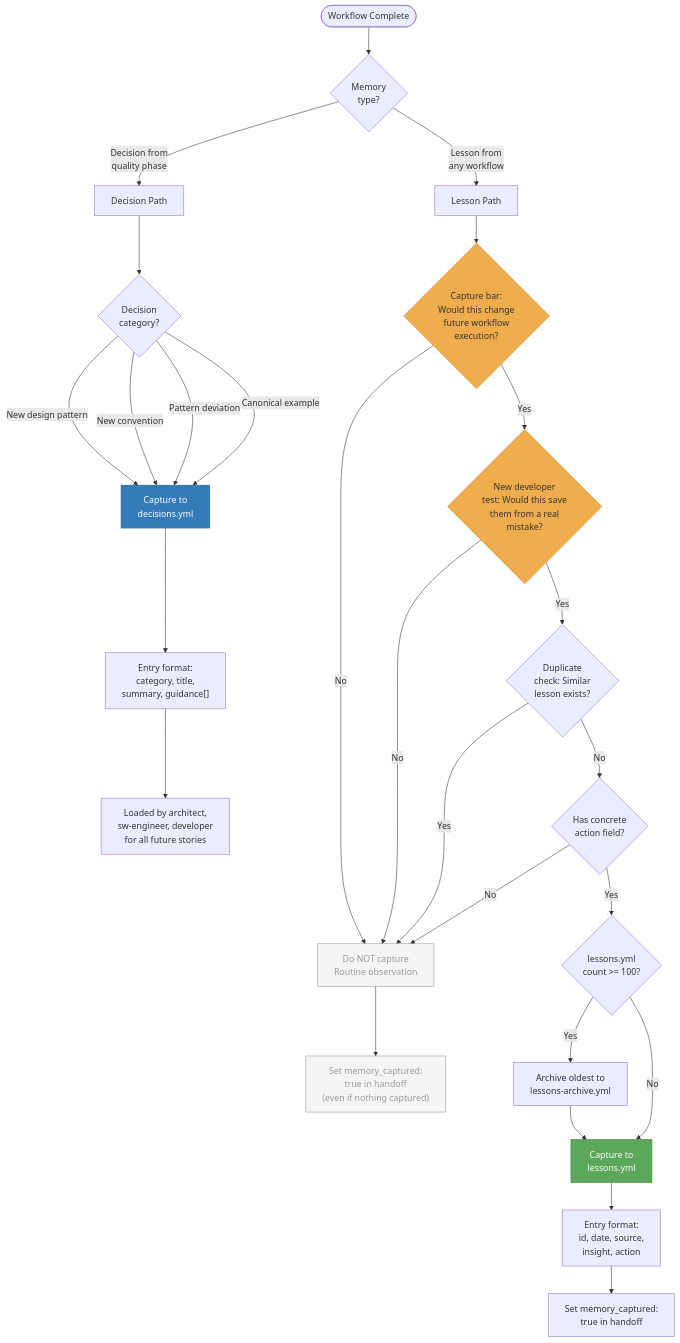
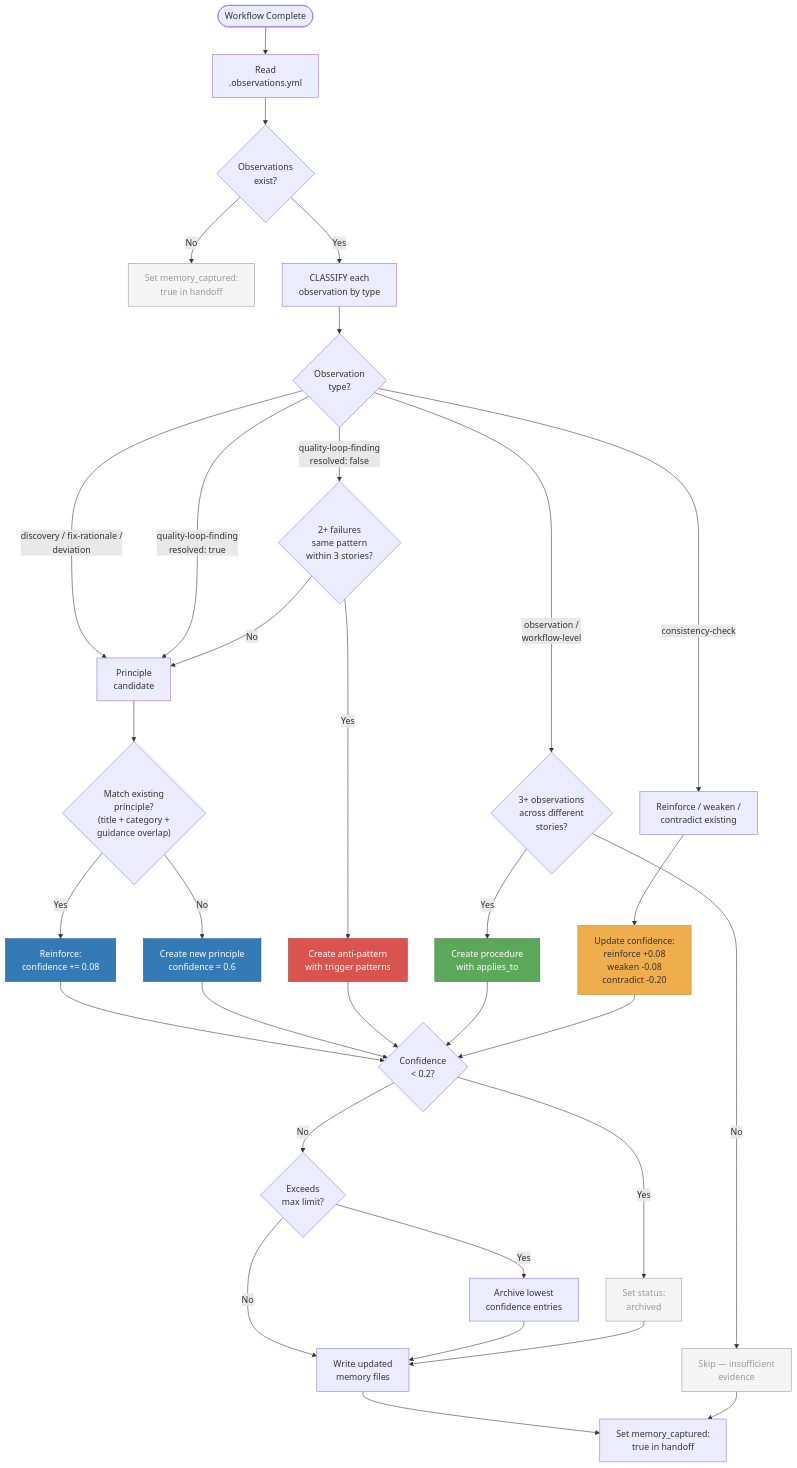
Before and after one commit to im-shashanks/claude-skills: the diagram in shaktra/diagrams/32-memory-capture-decision-tree.md, drawn with Mermaid. The commit also changed other lines of this file and 83 other files, not shown here.

````diff
--- a/shaktra/diagrams/32-memory-capture-decision-tree.md
+++ b/shaktra/diagrams/32-memory-capture-decision-tree.md
@@ -5,42 +5,56 @@
 ```mermaid
 flowchart TD
-    START([Workflow Complete]) --> TYPE{Memory<br/>type?}
+    START([Workflow Complete]) --> READ["Read<br/>.observations.yml"]
 
-    TYPE -->|Decision from<br/>quality phase| DEC_PATH["Decision Path"]
-    TYPE -->|Lesson from<br/>any workflow| LES_PATH["Lesson Path"]
+    READ --> EMPTY{Observations<br/>exist?}
+    EMPTY -->|No| DONE_SKIP["Set memory_captured:<br/>true in handoff"]
 
-    DEC_PATH --> DEC_CAT{Decision<br/>category?}
-    DEC_CAT -->|New design pattern| CAP_D["Capture to<br/>decisions.yml"]
-    DEC_CAT -->|New convention| CAP_D
-    DEC_CAT -->|Pattern deviation| CAP_D
-    DEC_CAT -->|Canonical example| CAP_D
+    EMPTY -->|Yes| CLASSIFY["CLASSIFY each<br/>observation by type"]
 
-    LES_PATH --> BAR{"Capture bar:<br/>Would this change<br/>future workflow<br/>execution?"}
-    BAR -->|No| SKIP["Do NOT capture<br/>Routine observation"]
+    CLASSIFY --> TYPE{Observation<br/>type?}
 
-    BAR -->|Yes| NEWDEV{"New developer<br/>test: Would this save<br/>them from a real<br/>mistake?"}
-    NEWDEV -->|No| SKIP
-    NEWDEV -->|Yes| DUP{"Duplicate<br/>check: Similar<br/>lesson exists?"}
-    DUP -->|Yes| SKIP
-    DUP -->|No| ACTION{"Has concrete<br/>action field?"}
-    ACTION -->|No| SKIP
-    ACTION -->|Yes| COUNT{"lessons.yml<br/>count >= 100?"}
-    COUNT -->|Yes| ARCHIVE["Archive oldest to<br/>lessons-archive.yml"]
-    COUNT -->|No| CAP_L["Capture to<br/>lessons.yml"]
-    ARCHIVE --> CAP_L
+    TYPE -->|discovery / fix-rationale /<br/>deviation| PR_CAND["Principle<br/>candidate"]
+    TYPE -->|quality-loop-finding<br/>resolved: false| AP_CHECK{"2+ failures<br/>same pattern<br/>within 3 stories?"}
+    TYPE -->|quality-loop-finding<br/>resolved: true| PR_CAND
+    TYPE -->|observation /<br/>workflow-level| PC_CHECK{"3+ observations<br/>across different<br/>stories?"}
+    TYPE -->|consistency-check| MATCH_EXIST["Reinforce / weaken /<br/>contradict existing"]
 
-    CAP_L --> FORMAT["Entry format:<br/>id, date, source,<br/>insight, action"]
-    CAP_D --> DFMT["Entry format:<br/>category, title,<br/>summary, guidance[]"]
+    PR_CAND --> MATCH{"Match existing<br/>principle?<br/>(title + category +<br/>guidance overlap)"}
+    MATCH -->|Yes| REINFORCE["Reinforce:<br/>confidence += 0.08"]
+    MATCH -->|No| CREATE_PR["Create new principle<br/>confidence = 0.6"]
 
-    FORMAT --> DONE["Set memory_captured:<br/>true in handoff"]
-    DFMT --> LOADED["Loaded by architect,<br/>sw-engineer, developer<br/>for all future stories"]
+    AP_CHECK -->|Yes| CREATE_AP["Create anti-pattern<br/>with trigger patterns"]
+    AP_CHECK -->|No| PR_CAND
 
-    SKIP --> DONE_SKIP["Set memory_captured:<br/>true in handoff<br/>(even if nothing captured)"]
+    PC_CHECK -->|Yes| CREATE_PC["Create procedure<br/>with applies_to"]
+    PC_CHECK -->|No| SKIP_OBS["Skip — insufficient<br/>evidence"]
 
-    style SKIP fill:#f5f5f5,stroke:#999,color:#999
+    MATCH_EXIST --> CONF_UPDATE["Update confidence:<br/>reinforce +0.08<br/>weaken -0.08<br/>contradict -0.20"]
+
+    REINFORCE --> ARCHIVE_CHECK
+    CREATE_PR --> ARCHIVE_CHECK
+    CREATE_AP --> ARCHIVE_CHECK
+    CREATE_PC --> ARCHIVE_CHECK
+    CONF_UPDATE --> ARCHIVE_CHECK
+
+    ARCHIVE_CHECK{"Confidence<br/>< 0.2?"}
+    ARCHIVE_CHECK -->|Yes| ARCHIVE["Set status:<br/>archived"]
+    ARCHIVE_CHECK -->|No| ROTATE{"Exceeds<br/>max limit?"}
+    ROTATE -->|Yes| ROTATE_ACT["Archive lowest<br/>confidence entries"]
+    ROTATE -->|No| WRITE["Write updated<br/>memory files"]
+    ROTATE_ACT --> WRITE
+    ARCHIVE --> WRITE
+
+    WRITE --> DONE["Set memory_captured:<br/>true in handoff"]
+
+    SKIP_OBS --> DONE
+
+    style SKIP_OBS fill:#f5f5f5,stroke:#999,color:#999
     style DONE_SKIP fill:#f5f5f5,stroke:#999,color:#999
-    style CAP_D fill:#337ab7,stroke:#2a6496,color:#fff
-    style CAP_L fill:#5ba85b,stroke:#3a7a3a,color:#fff
-    style BAR fill:#f0ad4e,stroke:#c09032,color:#333
-    style NEWDEV fill:#f0ad4e,stroke:#c09032,color:#333
+    style CREATE_PR fill:#337ab7,stroke:#2a6496,color:#fff
+    style REINFORCE fill:#337ab7,stroke:#2a6496,color:#fff
+    style CREATE_AP fill:#d9534f,stroke:#b52b27,color:#fff
+    style CREATE_PC fill:#5ba85b,stroke:#3a7a3a,color:#fff
+    style CONF_UPDATE fill:#f0ad4e,stroke:#c09032,color:#333
+    style ARCHIVE fill:#f5f5f5,stroke:#999,color:#999
 ```
````
